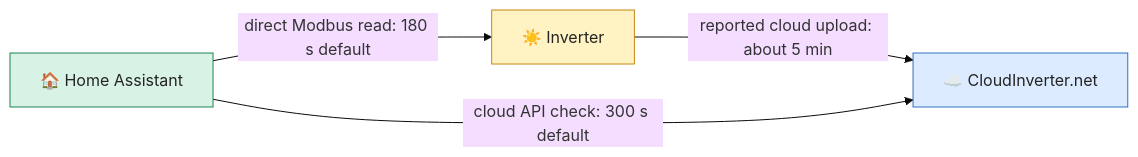
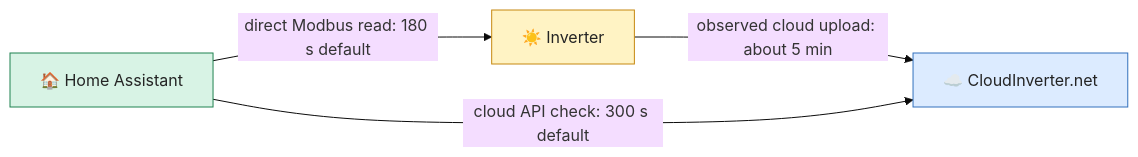
One commit to usamakkhan/home-assistant-Cloud-Inverter changed the diagram in README.md. Above: the diagram before and after it, drawn with Mermaid (base theme). The commit also changed other lines of this file and 8 other files, not shown here.

````diff
--- a/README.md
+++ b/README.md
@@ -42,12 +42,12 @@
 ```mermaid
 flowchart LR
-    I["☀️ Inverter"] -->|"reported cloud upload: about 5 min"| C["☁️ CloudInverter.net"]
+    I["☀️ Inverter"] -->|"observed cloud upload: about 5 min"| C["☁️ CloudInverter.net"]
     H["🏠 Home Assistant"] -->|"cloud API check: 300 s default"| C
     H -->|"direct Modbus read: 180 s default"| I
     classDef device fill:#FFF3C4,stroke:#C68810,color:#242424
     classDef ha fill:#D8F3E5,stroke:#1E8250,color:#242424
     classDef cloud fill:#DCEBFF,stroke:#3271BD,color:#242424
     class I device
     class H ha
     class C cloud
 ```
````
